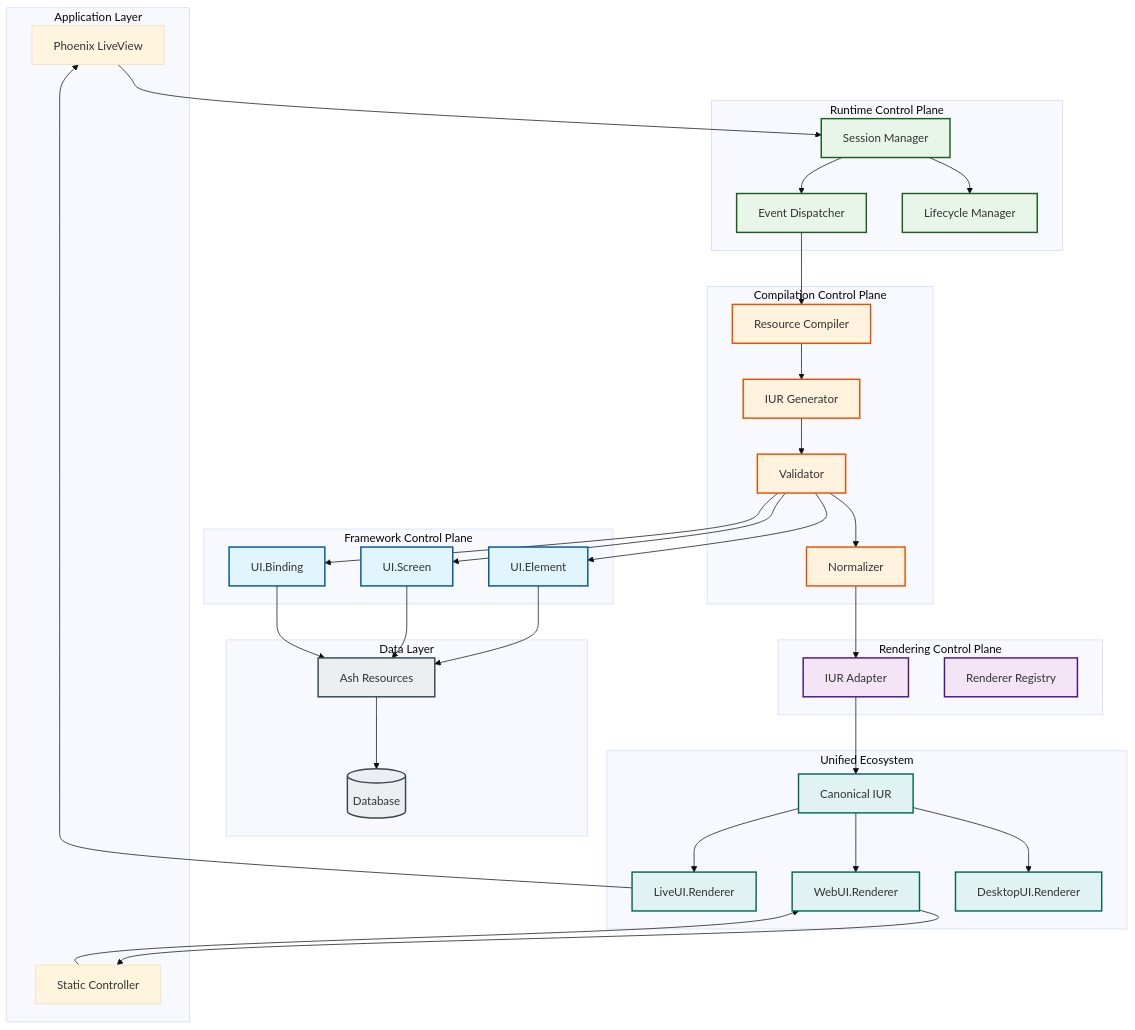
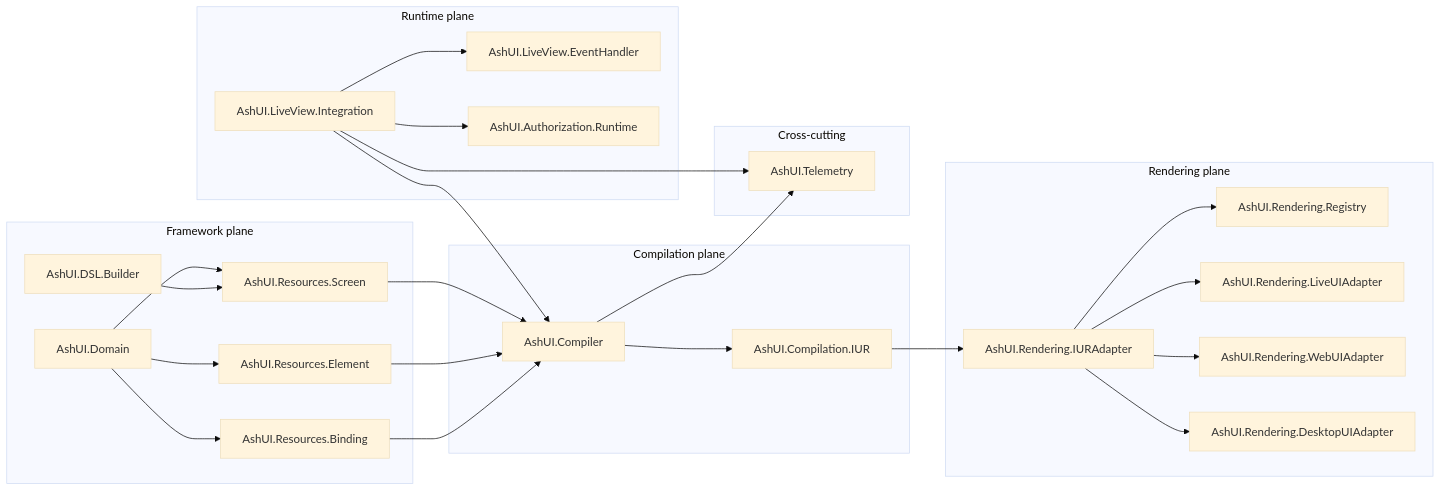
The diagram in guides/developer/DG-0001-architecture-overview.md (pcharbon70/ash_ui), drawn with Mermaid (base theme) before and after one commit. The commit also changed other lines of this file and 17 other files, not shown here.

````diff
--- a/guides/developer/DG-0001-architecture-overview.md
+++ b/guides/developer/DG-0001-architecture-overview.md
@@ -33,87 +33,52 @@
 ```mermaid
-flowchart TB
-    subgraph Application["Application Layer"]
-        LiveView["Phoenix LiveView"]
-        Static["Static Controller"]
+flowchart LR
+    subgraph Framework["Framework plane"]
+        Domain["AshUI.Domain"]
+        Screen["AshUI.Resources.Screen"]
+        Element["AshUI.Resources.Element"]
+        Binding["AshUI.Resources.Binding"]
+        Builder["AshUI.DSL.Builder"]
     end
 
-    subgraph Runtime["Runtime Control Plane"]
-        Session["Session Manager"]
-        Event["Event Dispatcher"]
-        Lifecycle["Lifecycle Manager"]
+    subgraph Compilation["Compilation plane"]
+        Compiler["AshUI.Compiler"]
+        IUR["AshUI.Compilation.IUR"]
     end
 
-    subgraph Compilation["Compilation Control Plane"]
-        Compiler["Resource Compiler"]
-        IUR["IUR Generator"]
-        Validator["Validator"]
-        Normalizer["Normalizer"]
+    subgraph Runtime["Runtime plane"]
+        Live["AshUI.LiveView.Integration"]
+        Events["AshUI.LiveView.EventHandler"]
+        Auth["AshUI.Authorization.Runtime"]
     end
 
-    subgraph Framework["Framework Control Plane"]
-        Element["UI.Element"]
-        Screen["UI.Screen"]
-        Binding["UI.Binding"]
+    subgraph Rendering["Rendering plane"]
+        Adapter["AshUI.Rendering.IURAdapter"]
+        Registry["AshUI.Rendering.Registry"]
+        LiveAdapter["AshUI.Rendering.LiveUIAdapter"]
+        WebAdapter["AshUI.Rendering.WebUIAdapter"]
+        DesktopAdapter["AshUI.Rendering.DesktopUIAdapter"]
     end
 
-    subgraph Data["Data Layer"]
-        Resources["Ash Resources"]
-        DB[(Database)]
+    subgraph Observability["Cross-cutting"]
+        Telemetry["AshUI.Telemetry"]
     end
 
-    subgraph Rendering["Rendering Control Plane"]
-        Adapter["IUR Adapter"]
-        Registry["Renderer Registry"]
-    end
-
-    subgraph Unified["Unified Ecosystem"]
-        Canonical["Canonical IUR"]
-        LiveRenderer["LiveUI.Renderer"]
-        WebRenderer["WebUI.Renderer"]
-        DesktopRenderer["DesktopUI.Renderer"]
-    end
-
-    LiveView --> Session
-    Static --> WebRenderer
-
-    Session --> Event
-    Session --> Lifecycle
-
-    Event --> Compiler
+    Domain --> Screen
+    Domain --> Element
+    Domain --> Binding
+    Builder --> Screen
+    Screen --> Compiler
+    Element --> Compiler
+    Binding --> Compiler
     Compiler --> IUR
-    IUR --> Validator
-    Validator --> Normalizer
-    Normalizer --> Adapter
-    Adapter --> Canonical
-
-    Canonical --> LiveRenderer
-    Canonical --> WebRenderer
-    Canonical --> DesktopRenderer
-
-    LiveRenderer --> LiveView
-    WebRenderer --> Static
-
-    Validator --> Element
-    Validator --> Screen
-    Validator --> Binding
-
-    Element --> Resources
-    Screen --> Resources
-    Binding --> Resources
-
-    Resources --> DB
-
-    classDef framework fill:#e1f5fe,stroke:#01579b,stroke-width:2px
-    classDef compilation fill:#fff3e0,stroke:#e65100,stroke-width:2px
-    classDef rendering fill:#f3e5f5,stroke:#4a148c,stroke-width:2px
-    classDef runtime fill:#e8f5e9,stroke:#1b5e20,stroke-width:2px
-    classDef data fill:#eceff1,stroke:#37474f,stroke-width:2px
-    classDef unified fill:#e0f2f1,stroke:#00695c,stroke-width:2px
-
-    class Element,Screen,Binding framework
-    class Compiler,IUR,Validator,Normalizer compilation
-    class Adapter,Registry rendering
-    class Session,Event,Lifecycle runtime
-    class Resources,DB data
-    class Canonical,LiveRenderer,WebRenderer,DesktopRenderer unified
+    IUR --> Adapter
+    Adapter --> Registry
+    Live --> Auth
+    Live --> Compiler
+    Live --> Events
+    Live --> Telemetry
+    Compiler --> Telemetry
+    Adapter --> LiveAdapter
+    Adapter --> WebAdapter
+    Adapter --> DesktopAdapter
 ```
````
